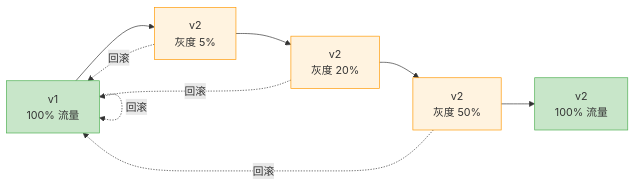
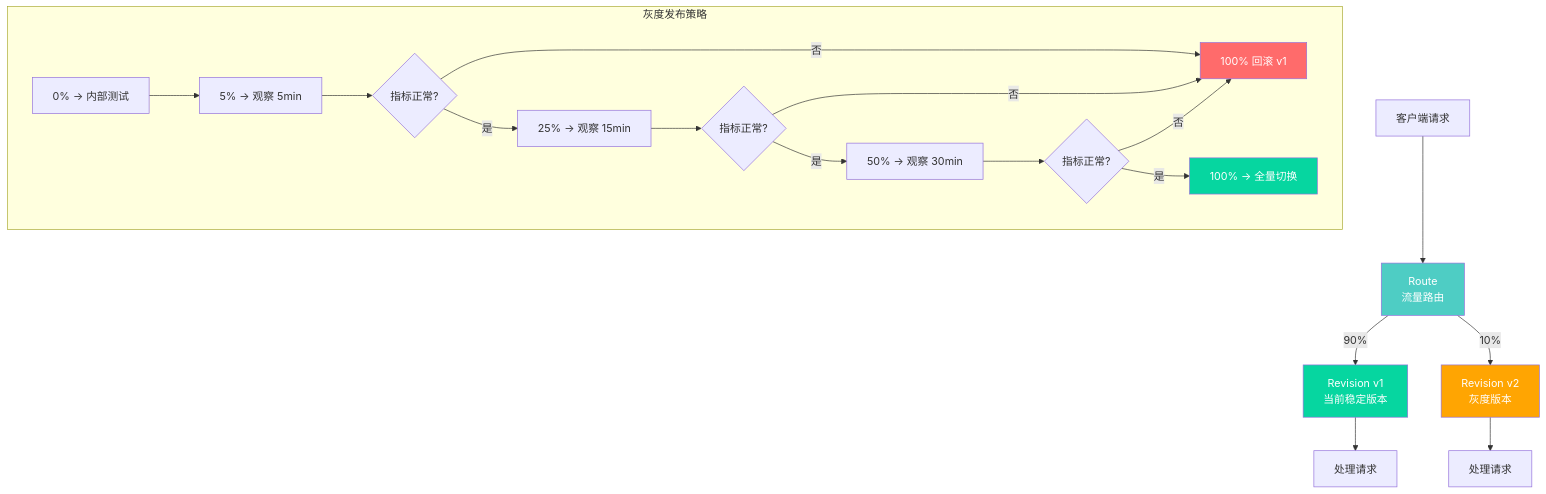
Before and after one commit to moklgydocs/moklgydocs.github.io: diagram 12 of 23 in src/运维与部署/Docker_K8s/08_云原生生态/02_Serverless与Knative.md, drawn with Mermaid. The commit also changed other lines of this file and 1 other file, not shown here.

````diff
--- a/src/运维与部署/Docker_K8s/08_云原生生态/02_Serverless与Knative.md
+++ b/src/运维与部署/Docker_K8s/08_云原生生态/02_Serverless与Knative.md
@@ -429,18 +623,29 @@
 ```mermaid
-flowchart LR
-    A["v1<br/>100% 流量"] --> B["v2<br/>灰度 5%"]
-    B --> C["v2<br/>灰度 20%"]
-    C --> D["v2<br/>灰度 50%"]
-    D --> E["v2<br/>100% 流量"]
+flowchart TD
+    A[客户端请求] --> ROUTE[Route<br/>流量路由]
 
-    A -.->|回滚| A
-    B -.->|回滚| A
-    C -.->|回滚| A
-    D -.->|回滚| A
+    ROUTE -->|"90%"| REV1[Revision v1<br/>当前稳定版本]
+    ROUTE -->|"10%"| REV2[Revision v2<br/>灰度版本]
 
-    style A fill:#c8e6c9,stroke:#4caf50
-    style E fill:#c8e6c9,stroke:#4caf50
-    style B fill:#fff3e0,stroke:#ff9800
-    style C fill:#fff3e0,stroke:#ff9800
-    style D fill:#fff3e0,stroke:#ff9800
+    REV1 --> R1[处理请求]
+    REV2 --> R2[处理请求]
+
+    subgraph "灰度发布策略"
+        S1[0% → 内部测试] --> S2[5% → 观察 5min]
+        S2 --> S3{指标正常?}
+        S3 -->|否| S4[100% 回滚 v1]
+        S3 -->|是| S5[25% → 观察 15min]
+        S5 --> S6{指标正常?}
+        S6 -->|否| S4
+        S6 -->|是| S7[50% → 观察 30min]
+        S7 --> S8{指标正常?}
+        S8 -->|否| S4
+        S8 -->|是| S9[100% → 全量切换]
+    end
+
+    style ROUTE fill:#4ecdc4,color:#fff
+    style REV1 fill:#06d6a0,color:#fff
+    style REV2 fill:#ffa502,color:#fff
+    style S4 fill:#ff6b6b,color:#fff
+    style S9 fill:#06d6a0,color:#fff
 ```
````
